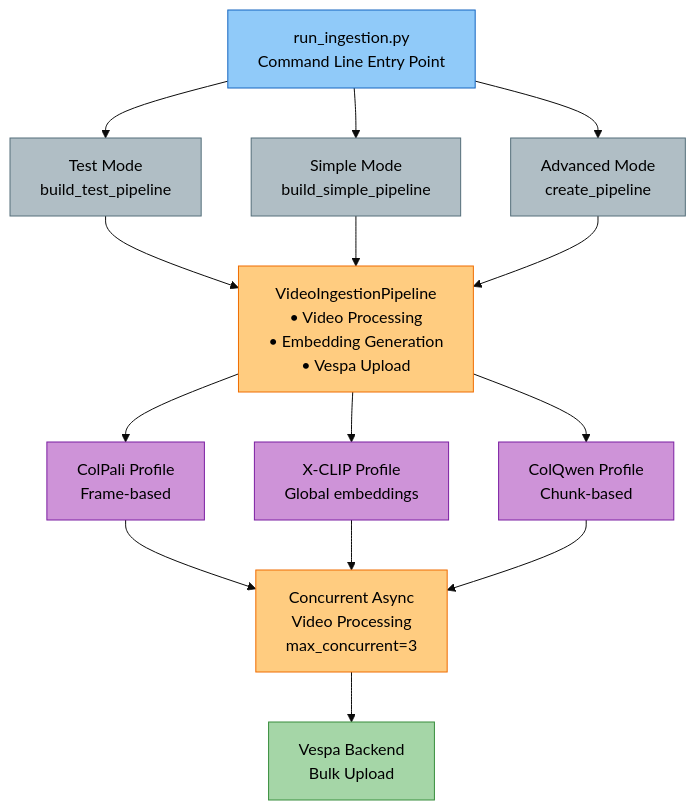
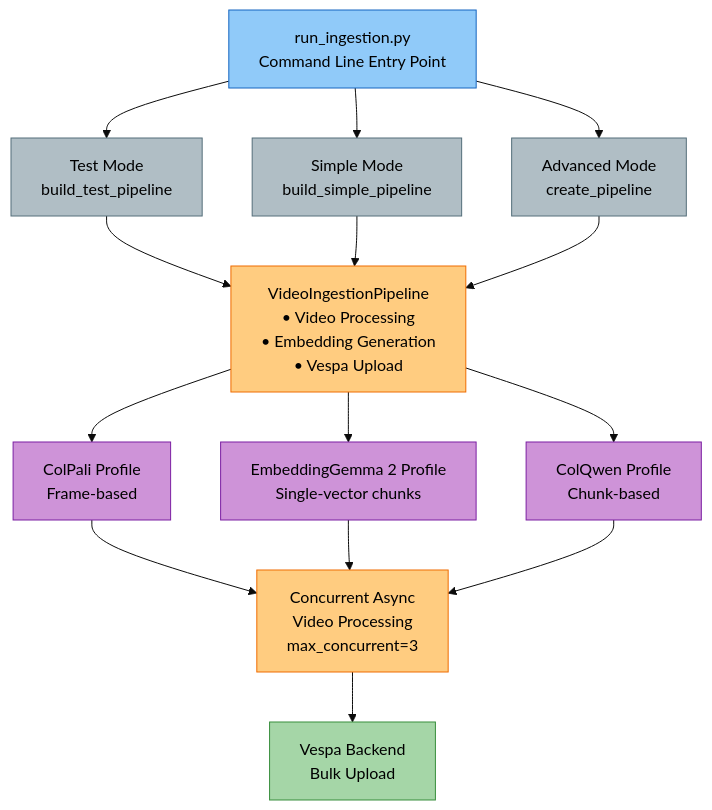
The first of 8 diagrams in docs/development/scripts-operations.md (amit-jain/cogniverse), drawn with Mermaid (base theme) before and after one commit. The commit also changed other lines of this file and 161 other files, not shown here.

````diff
--- a/docs/development/scripts-operations.md
+++ b/docs/development/scripts-operations.md
@@ -112,47 +112,47 @@
 ```mermaid
 flowchart TB
     Entry["<span style='color:#000'>run_ingestion.py<br/>Command Line Entry Point</span>"]
 
     TestMode["<span style='color:#000'>Test Mode<br/>build_test_pipeline</span>"]
     SimpleMode["<span style='color:#000'>Simple Mode<br/>build_simple_pipeline</span>"]
     AdvMode["<span style='color:#000'>Advanced Mode<br/>create_pipeline</span>"]
 
     Pipeline["<span style='color:#000'>VideoIngestionPipeline<br/>• Video Processing<br/>• Embedding Generation<br/>• Vespa Upload</span>"]
 
     ColPali["<span style='color:#000'>ColPali Profile<br/>Frame-based</span>"]
-    X-CLIP["<span style='color:#000'>X-CLIP Profile<br/>Global embeddings</span>"]
+    EG2["<span style='color:#000'>EmbeddingGemma 2 Profile<br/>Single-vector chunks</span>"]
     ColQwen["<span style='color:#000'>ColQwen Profile<br/>Chunk-based</span>"]
 
     Concurrent["<span style='color:#000'>Concurrent Async<br/>Video Processing<br/>max_concurrent=3</span>"]
 
     Vespa["<span style='color:#000'>Vespa Backend<br/>Bulk Upload</span>"]
 
     Entry --> TestMode
     Entry --> SimpleMode
     Entry --> AdvMode
 
     TestMode --> Pipeline
     SimpleMode --> Pipeline
     AdvMode --> Pipeline
 
     Pipeline --> ColPali
-    Pipeline --> X-CLIP
+    Pipeline --> EG2
     Pipeline --> ColQwen
 
     ColPali --> Concurrent
-    X-CLIP --> Concurrent
+    EG2 --> Concurrent
     ColQwen --> Concurrent
 
     Concurrent --> Vespa
 
     style Entry fill:#90caf9,stroke:#1565c0,color:#000
     style TestMode fill:#b0bec5,stroke:#546e7a,color:#000
     style SimpleMode fill:#b0bec5,stroke:#546e7a,color:#000
     style AdvMode fill:#b0bec5,stroke:#546e7a,color:#000
     style Pipeline fill:#ffcc80,stroke:#ef6c00,color:#000
     style ColPali fill:#ce93d8,stroke:#7b1fa2,color:#000
-    style X-CLIP fill:#ce93d8,stroke:#7b1fa2,color:#000
+    style EG2 fill:#ce93d8,stroke:#7b1fa2,color:#000
     style ColQwen fill:#ce93d8,stroke:#7b1fa2,color:#000
     style Concurrent fill:#ffcc80,stroke:#ef6c00,color:#000
     style Vespa fill:#a5d6a7,stroke:#388e3c,color:#000
 ```
````
